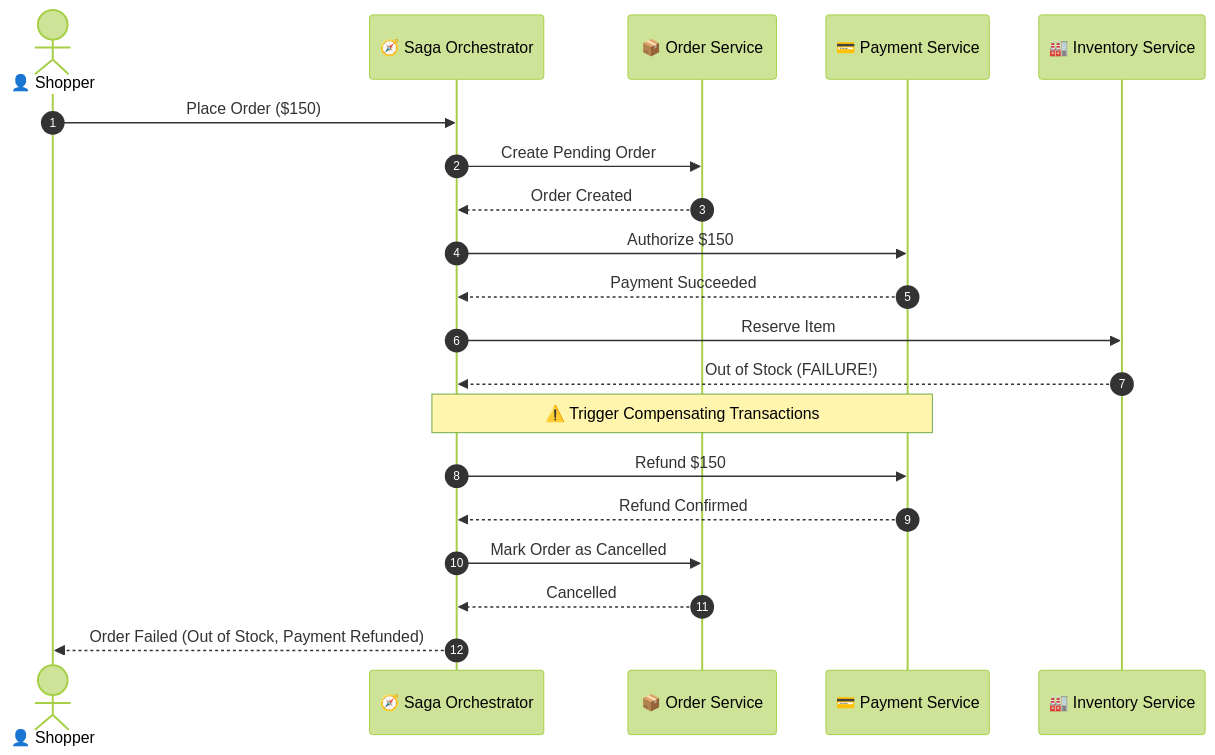
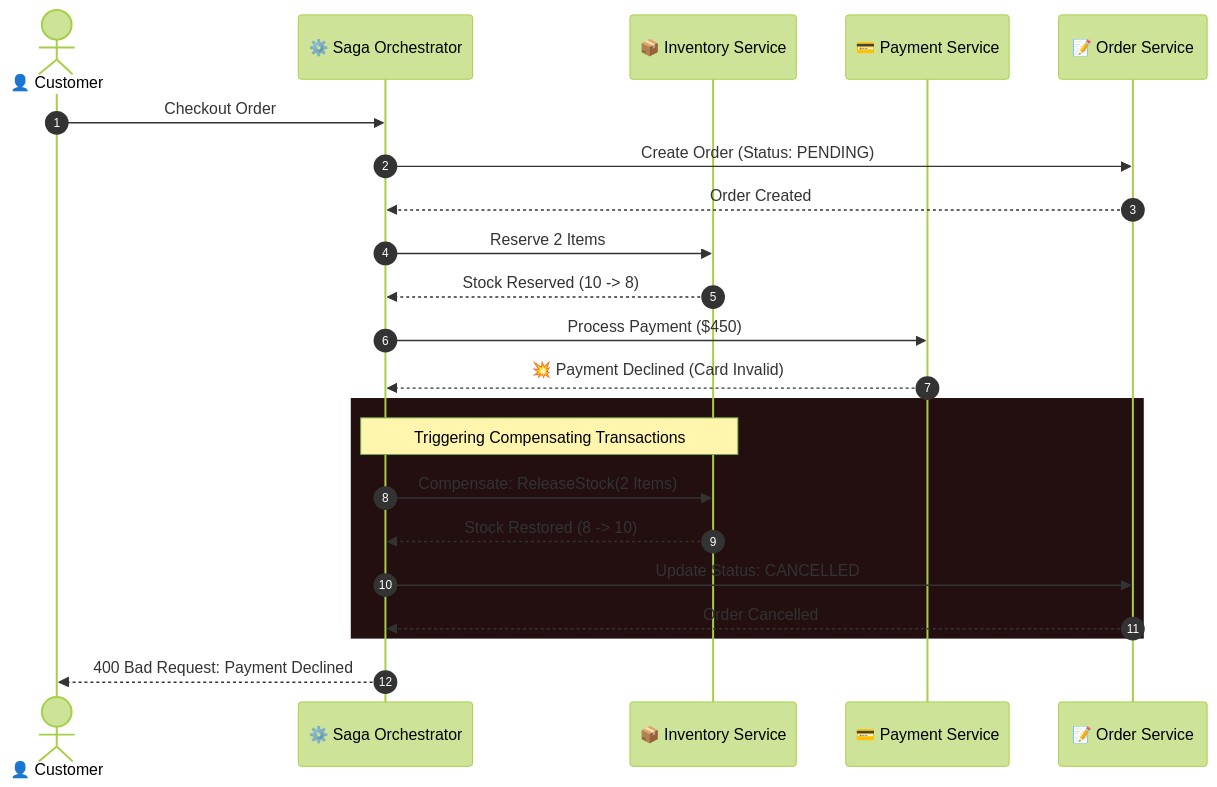
The diagram in 19-distributed-transactions/README.md (Aniketchavan7/system-design-illustrated), drawn with Mermaid (forest theme) before and after one commit. The commit also changed other lines of this file and 3 other files, not shown here.

````diff
--- a/19-distributed-transactions/README.md
+++ b/19-distributed-transactions/README.md
@@ -14,26 +77,29 @@
 ```mermaid
 sequenceDiagram
     autonumber
-    actor User as 👤 Shopper
-    participant Saga as 🧭 Saga Orchestrator
-    participant Order as 📦 Order Service
+    actor User as 👤 Customer
+    participant Orch as ⚙️ Saga Orchestrator
+    participant Inv as 📦 Inventory Service
     participant Pay as 💳 Payment Service
-    participant Stock as 🏭 Inventory Service
+    participant Order as 📝 Order Service
 
-    User->>Saga: Place Order ($150)
-    Saga->>Order: Create Pending Order
-    Order-->>Saga: Order Created
+    User->>Orch: Checkout Order #102 ($450)
+    Orch->>Order: Create Order (Status: PENDING)
+    Order-->>Orch: Order Created
+    
+    Orch->>Inv: Reserve 2 Items
+    Inv-->>Orch: Stock Reserved (10 -> 8)
+    
+    Orch->>Pay: Process Payment ($450)
+    Pay-->>Orch: 💥 Payment Declined (Card Invalid)
 
-    Saga->>Pay: Authorize $150
-    Pay-->>Saga: Payment Succeeded
+    rect rgb(35, 15, 15)
+    Note over Orch, Inv: Triggering Compensating Transactions
+    Orch->>Inv: Compensate: ReleaseStock(2 Items)
+    Inv-->>Orch: Stock Restored (8 -> 10)
+    Orch->>Order: Update Status: CANCELLED
+    Order-->>Orch: Order Cancelled
+    end
 
-    Saga->>Stock: Reserve Item
-    Stock-->>Saga: Out of Stock (FAILURE!)
-
-    Note over Saga,Pay: ⚠️ Trigger Compensating Transactions
-    Saga->>Pay: Refund $150
-    Pay-->>Saga: Refund Confirmed
-    Saga->>Order: Mark Order as Cancelled
-    Order-->>Saga: Cancelled
-    Saga-->>User: Order Failed (Out of Stock, Payment Refunded)
+    Orch-->>User: 400 Bad Request: Payment Declined
 ```
````
